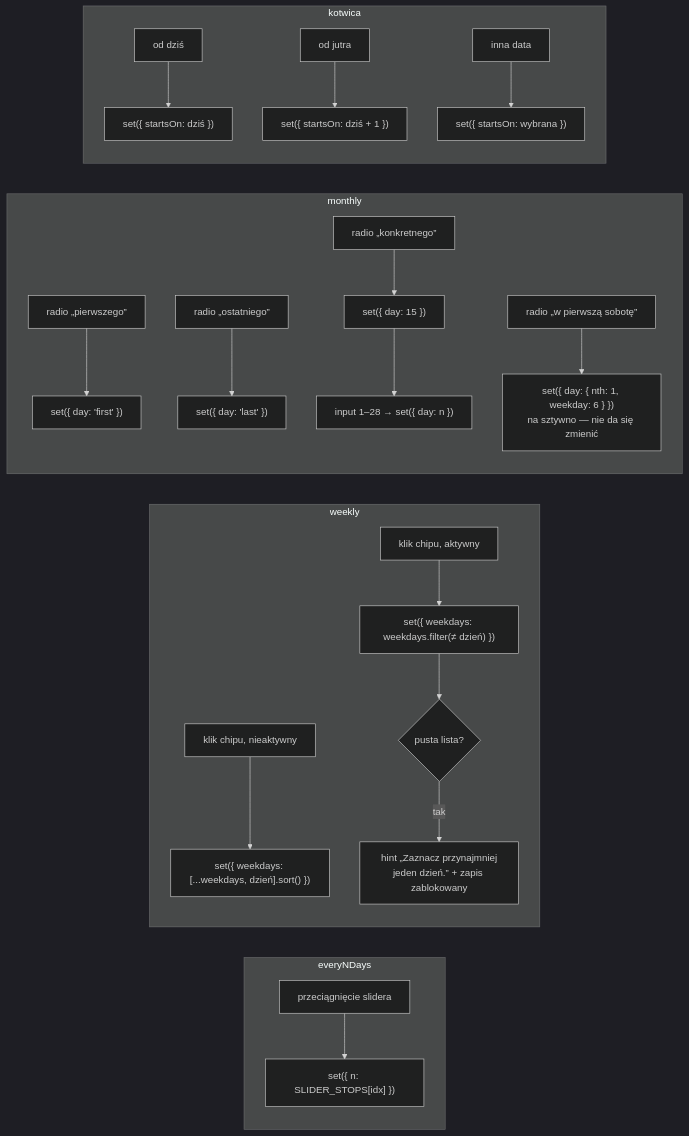
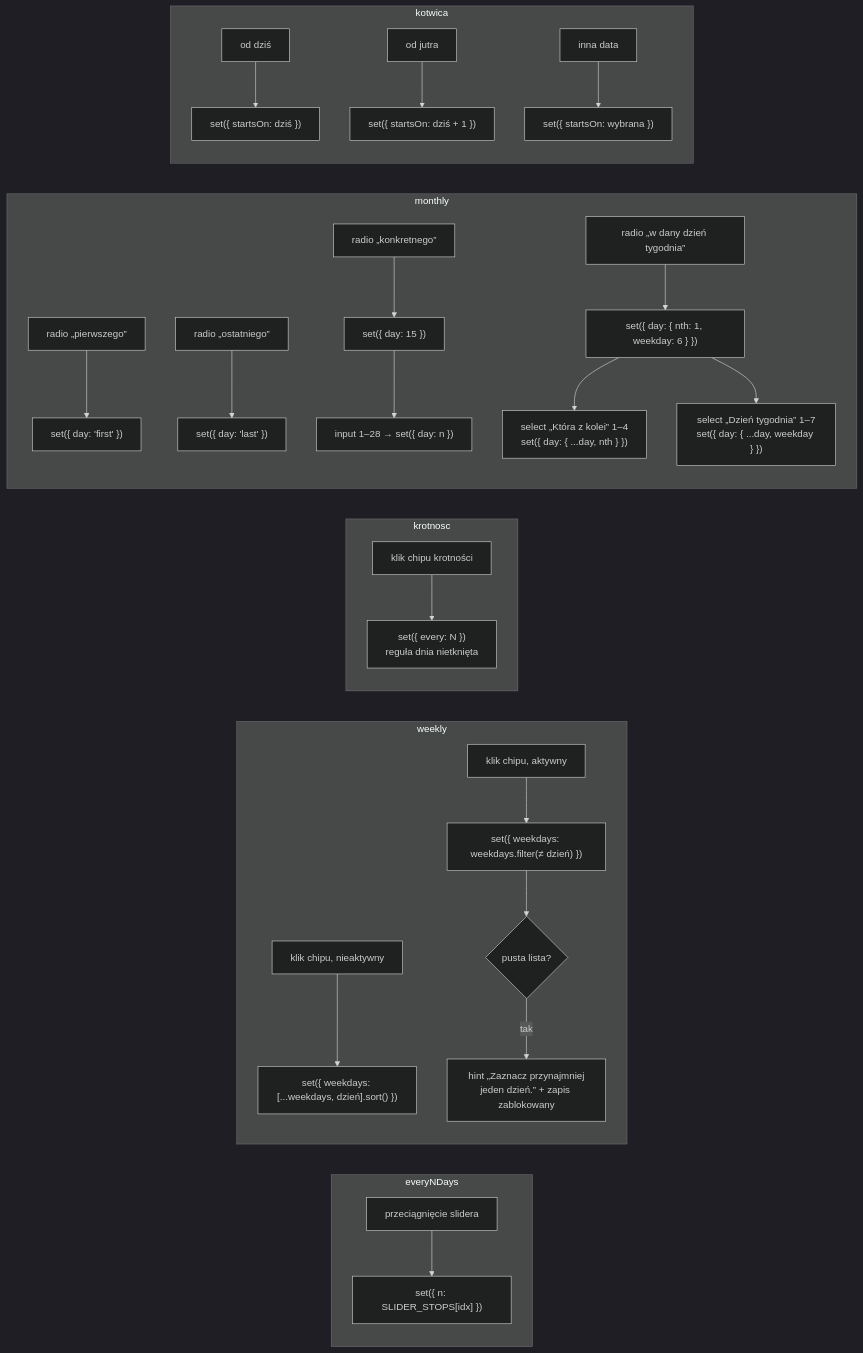
One commit to gustaw-beznicki/Home-dashboard changed the third of 7 diagrams in docs/rhythm-editor.md. Above: the diagram before and after it, drawn with Mermaid (dark theme). The commit also changed other lines of this file and 1 other file, not shown here.

````diff
--- a/docs/rhythm-editor.md
+++ b/docs/rhythm-editor.md
@@ -85,27 +112,33 @@
 ```mermaid
 flowchart LR
     subgraph everyNDays
       S["przeciągnięcie slidera"] --> S1["set({ n: SLIDER_STOPS[idx] })"]
     end
 
     subgraph weekly
       C1["klik chipu, nieaktywny"] --> C2["set({ weekdays: [...weekdays, dzień].sort() })"]
       C3["klik chipu, aktywny"] --> C4["set({ weekdays: weekdays.filter(≠ dzień) })"]
       C4 --> C5{"pusta lista?"}
       C5 -->|tak| C6["hint „Zaznacz przynajmniej<br/>jeden dzień.” + zapis zablokowany"]
     end
 
+    subgraph krotnosc
+      K1["klik chipu krotności"] --> K1a["set({ every: N })<br/>reguła dnia nietknięta"]
+    end
+
     subgraph monthly
       R1["radio „pierwszego”"] --> R1a["set({ day: 'first' })"]
       R2["radio „ostatniego”"] --> R2a["set({ day: 'last' })"]
       R3["radio „konkretnego”"] --> R3a["set({ day: 15 })"]
       R3a --> R3b["input 1–28 → set({ day: n })"]
-      R4["radio „w pierwszą sobotę”"] --> R4a["set({ day: { nth: 1, weekday: 6 } })<br/>na sztywno — nie da się zmienić"]
+      R4["radio „w dany dzień tygodnia”"] --> R4a["set({ day: { nth: 1, weekday: 6 } })"]
+      R4a --> R4b["select „Która z kolei” 1–4<br/>set({ day: { ...day, nth } })"]
+      R4a --> R4c["select „Dzień tygodnia” 1–7<br/>set({ day: { ...day, weekday } })"]
     end
 
     subgraph kotwica
-      K1["od dziś"] --> K1a["set({ startsOn: dziś })"]
-      K2["od jutra"] --> K2a["set({ startsOn: dziś + 1 })"]
-      K3["inna data"] --> K3a["set({ startsOn: wybrana })"]
+      A1["od dziś"] --> A1a["set({ startsOn: dziś })"]
+      A2["od jutra"] --> A2a["set({ startsOn: dziś + 1 })"]
+      A3["inna data"] --> A3a["set({ startsOn: wybrana })"]
     end
 ```
````
